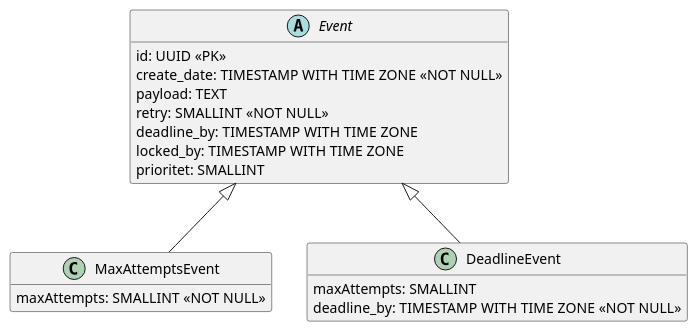
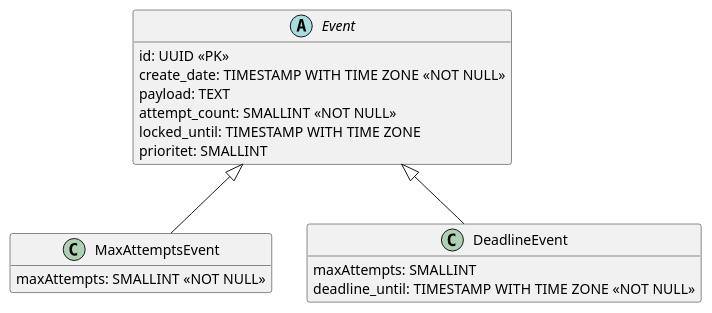
Before and after one commit to laym0n/eventhandling: the diagram in events.plantuml, drawn with PlantUML. The commit also changed 10 other files, not shown here.

```diff
--- a/events.plantuml
+++ b/events.plantuml
@@ -1,28 +1,27 @@
 @startuml
 hide methods
 
 abstract class Event {
     id: UUID <<PK>>
     create_date: TIMESTAMP WITH TIME ZONE <<NOT NULL>>
     name: VARCHAR(100) <<NOT NULL>>
     payload: TEXT
     group_id: VARCHAR(100)
-    retry: SMALLINT <<NOT NULL>>
-    deadline_by: TIMESTAMP WITH TIME ZONE
-    locked_by: TIMESTAMP WITH TIME ZONE
+    attempt_count: SMALLINT <<NOT NULL>>
+    locked_until: TIMESTAMP WITH TIME ZONE
     prioritet: SMALLINT
     status: VARCHAR(50)>
 }
 
 class MaxAttemptsEvent {
     maxAttempts: SMALLINT <<NOT NULL>>
 }
 
 class DeadlineEvent {
     maxAttempts: SMALLINT
-    deadline_by: TIMESTAMP WITH TIME ZONE <<NOT NULL>>
+    deadline_until: TIMESTAMP WITH TIME ZONE <<NOT NULL>>
 }
 
 Event <|-- MaxAttemptsEvent
 Event <|-- DeadlineEvent
 @enduml
```
